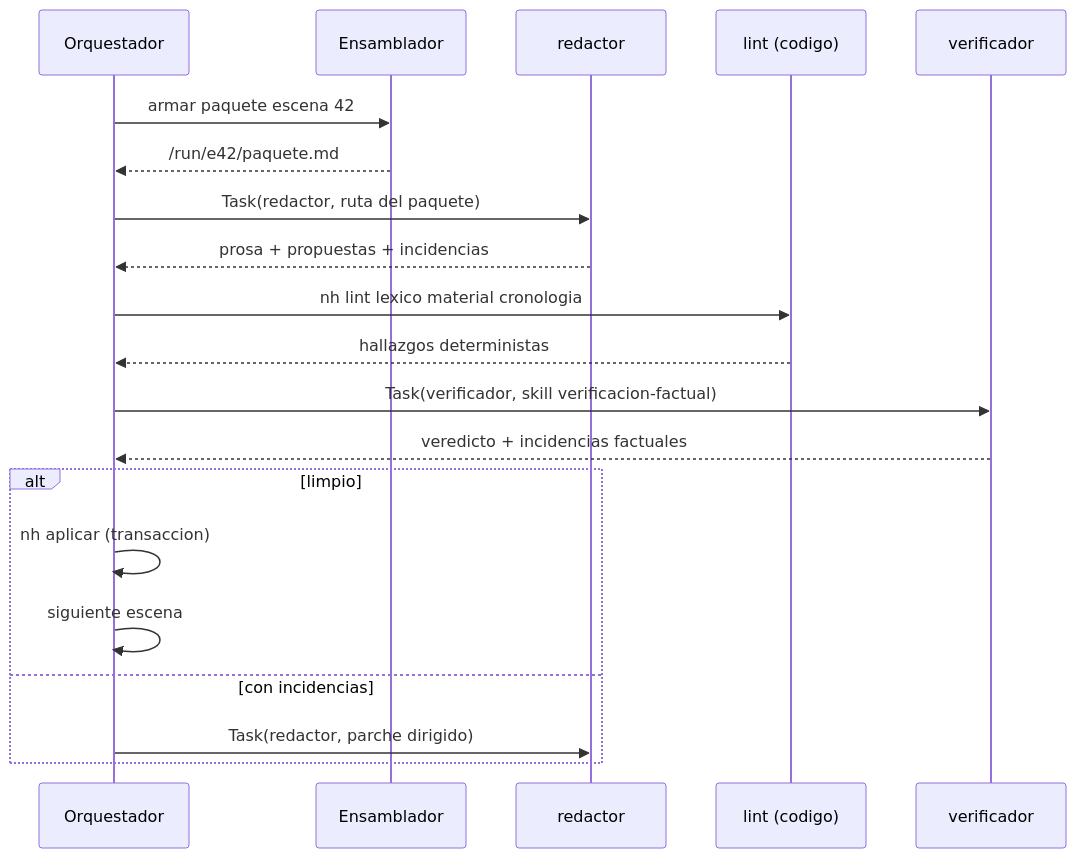
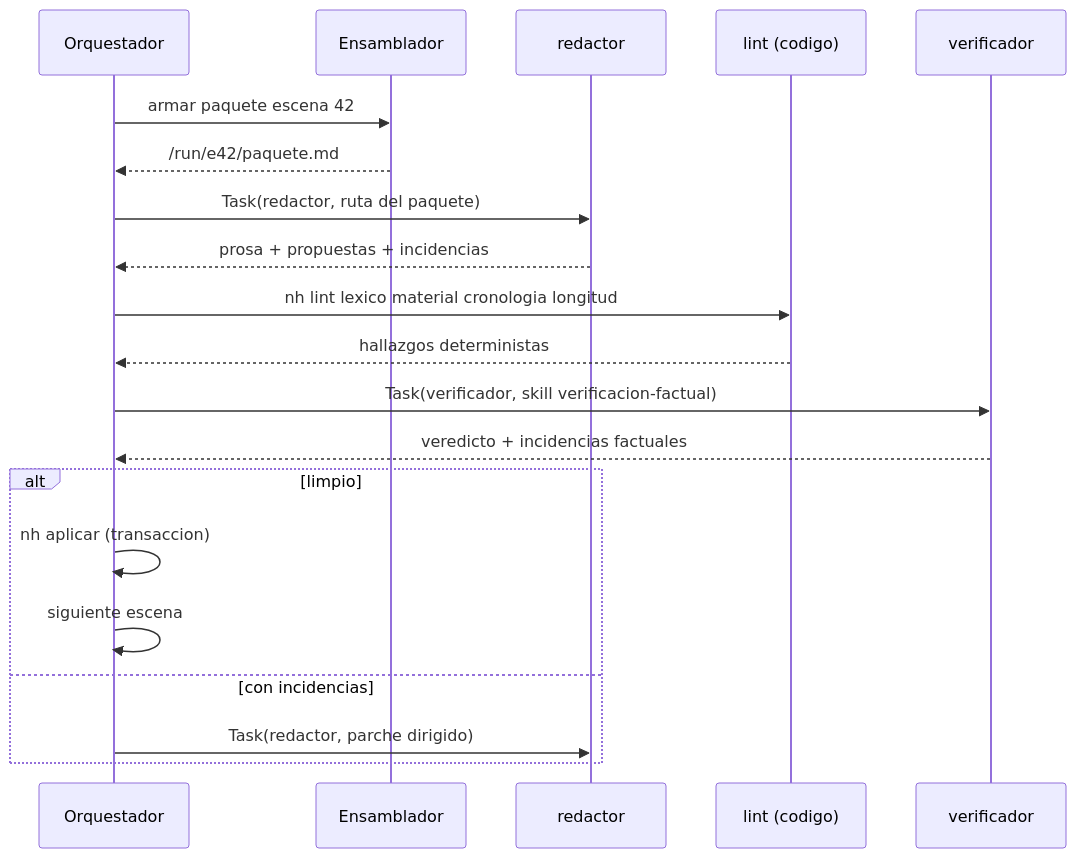
One commit to alberqq/StoryMaker changed the second of 4 diagrams in docs/architecture.md. Above: the diagram before and after it, drawn with Mermaid. The commit also changed other lines of this file and 20 other files, not shown here.

````diff
--- a/docs/architecture.md
+++ b/docs/architecture.md
@@ -208,22 +268,22 @@
 ```mermaid
 sequenceDiagram
     participant O as Orquestador
     participant P as Ensamblador
     participant R as redactor
     participant L as lint (codigo)
     participant V as verificador
     O->>P: armar paquete escena 42
     P-->>O: /run/e42/paquete.md
     O->>R: Task(redactor, ruta del paquete)
     R-->>O: prosa + propuestas + incidencias
-    O->>L: nh lint lexico material cronologia
+    O->>L: nh lint lexico material cronologia longitud
     L-->>O: hallazgos deterministas
     O->>V: Task(verificador, skill verificacion-factual)
     V-->>O: veredicto + incidencias factuales
     alt limpio
         O->>O: nh aplicar (transaccion)
         O->>O: siguiente escena
     else con incidencias
         O->>R: Task(redactor, parche dirigido)
     end
 ```
````
